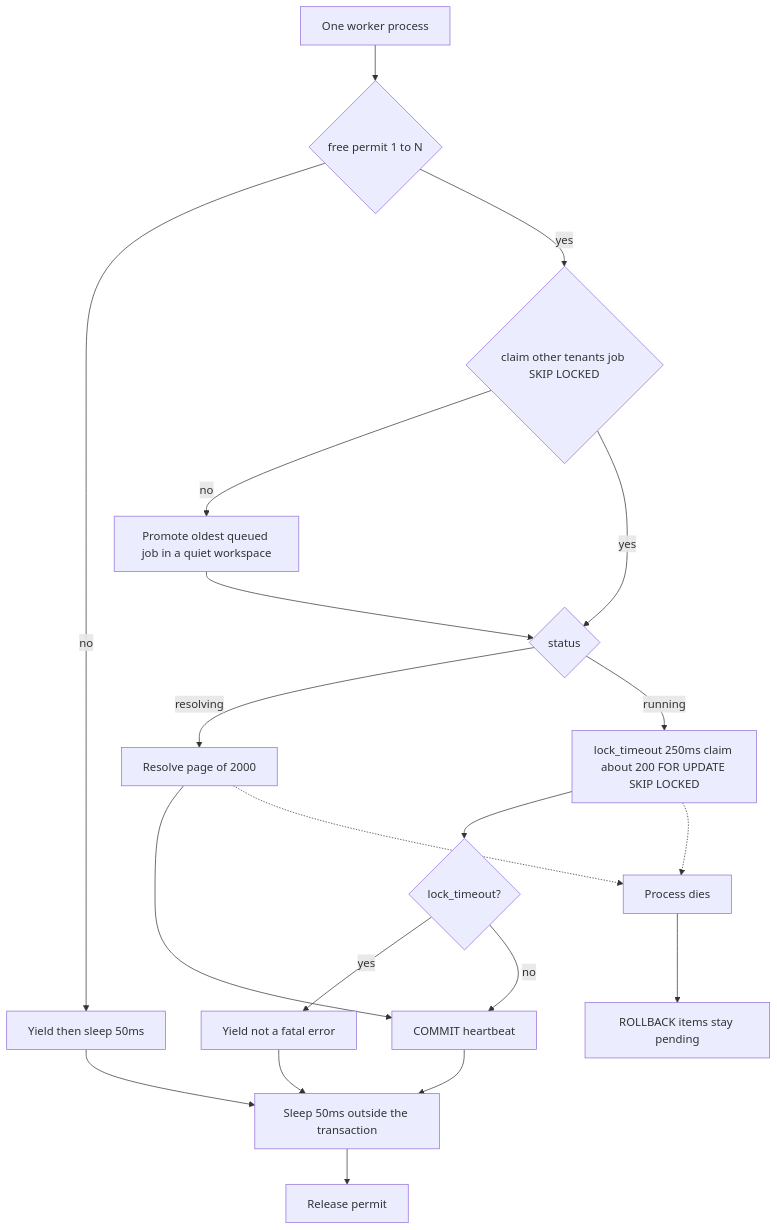
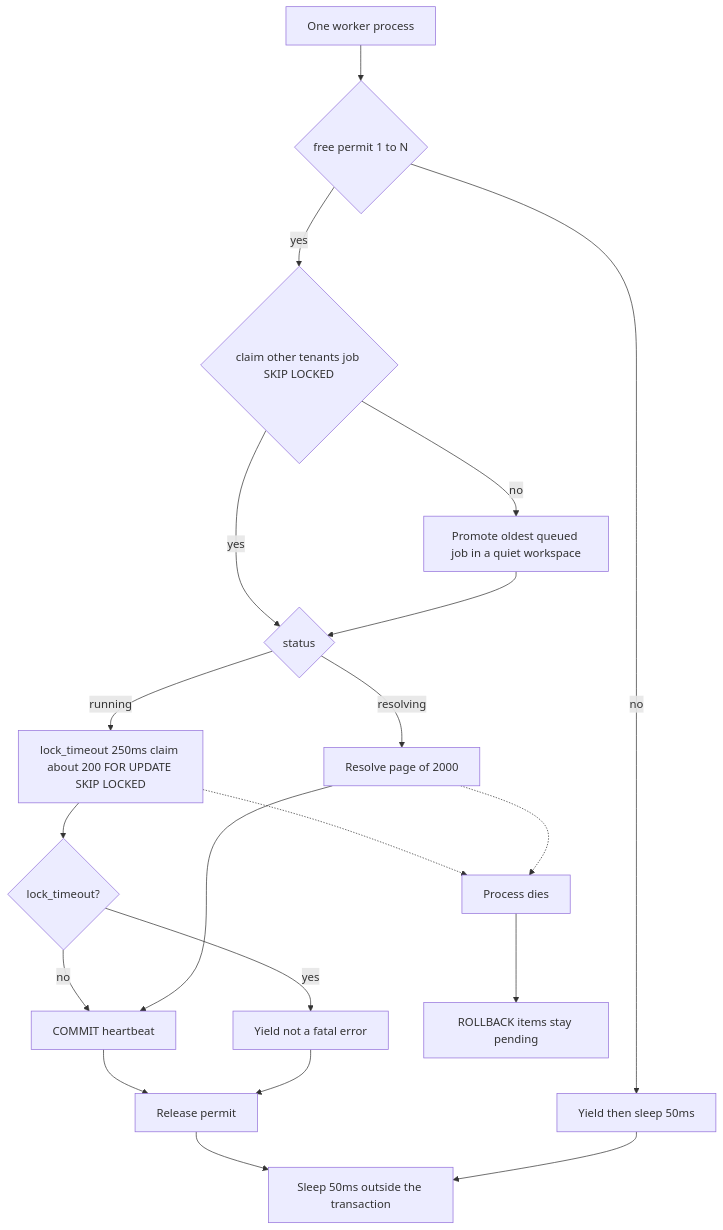
The third of 8 diagrams in DESIGN.md (khushal-sahni/highlevel_31oct), drawn with Mermaid before and after one commit. The commit also changed other lines of this file and 5 other files, not shown here.

````diff
--- a/DESIGN.md
+++ b/DESIGN.md
@@ -65,38 +65,38 @@
 ```mermaid
 flowchart TD
   step[One worker process]
   permit{"free permit 1 to N"}
   yieldLock[Yield then sleep 50ms]
   claim{"claim other tenants job SKIP LOCKED"}
   promote[Promote oldest queued job in a quiet workspace]
   phase{status}
   resolvePage[Resolve page of 2000]
   applyChunk["lock_timeout 250ms claim about 200 FOR UPDATE SKIP LOCKED"]
   timeout{"lock_timeout?"}
   yieldTimeout[Yield not a fatal error]
   commit[COMMIT heartbeat]
   crash[Process dies]
   rollback[ROLLBACK items stay pending]
   sleep[Sleep 50ms outside the transaction]
   unlock[Release permit]
 
   step --> permit
   permit -->|no| yieldLock
   permit -->|yes| claim
   claim -->|no| promote
   claim -->|yes| phase
   promote --> phase
   phase -->|resolving| resolvePage
   phase -->|running| applyChunk
   applyChunk --> timeout
   timeout -->|yes| yieldTimeout
   timeout -->|no| commit
   resolvePage --> commit
-  commit --> sleep
+  commit --> unlock
+  yieldTimeout --> unlock
+  unlock --> sleep
   yieldLock --> sleep
-  yieldTimeout --> sleep
   applyChunk -.-> crash
   resolvePage -.-> crash
   crash --> rollback
-  sleep --> unlock
 ```
````
